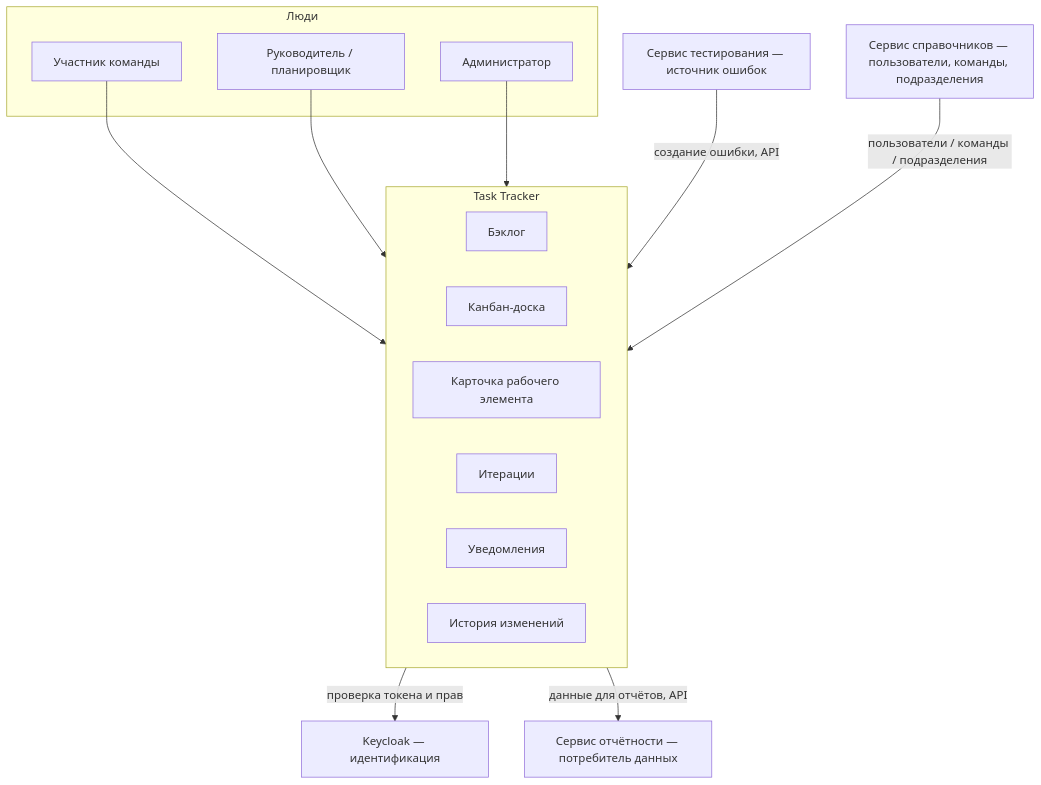
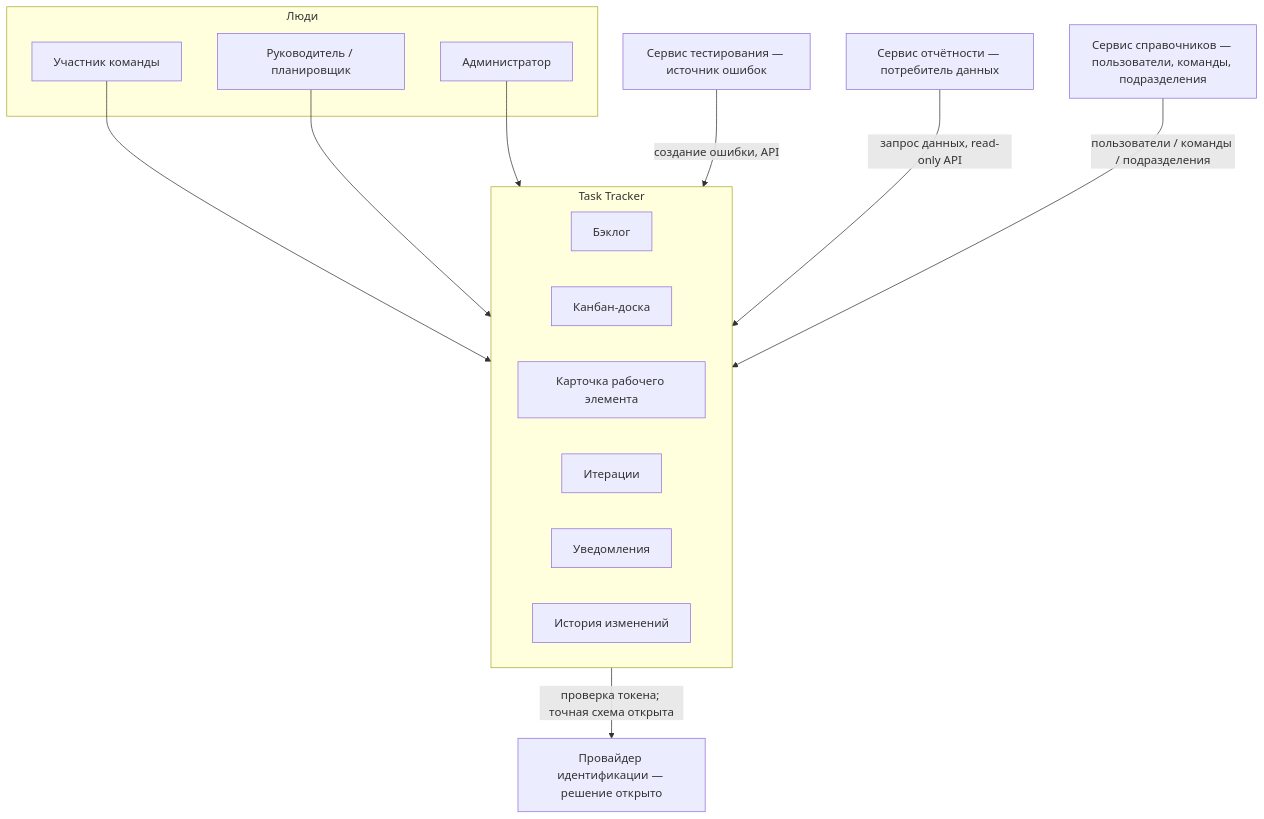
The diagram in task-tracker/docs/block-a-context-and-scope/020.system-context.md (MEPhI-C22-501/arch-info-system-monorepo), drawn with Mermaid before and after one commit. The commit also changed other lines of this file and 35 other files, not shown here.

````diff
--- a/task-tracker/docs/block-a-context-and-scope/020.system-context.md
+++ b/task-tracker/docs/block-a-context-and-scope/020.system-context.md
@@ -9,30 +9,30 @@
 ```mermaid
 flowchart TB
     subgraph Users["Люди"]
         Member["Участник команды"]
         Lead["Руководитель / планировщик"]
         Admin["Администратор"]
     end
 
     subgraph TT["Task Tracker"]
         Backlog["Бэклог"]
         Board["Канбан-доска"]
         Card["Карточка рабочего элемента"]
         Iterations["Итерации"]
         Notify["Уведомления"]
         Audit["История изменений"]
     end
 
-    KC["Keycloak — идентификация"]
+    IdP["Провайдер идентификации — решение открыто"]
     Tests["Сервис тестирования — источник ошибок"]
     Reports["Сервис отчётности — потребитель данных"]
     Refs["Сервис справочников — пользователи, команды, подразделения"]
 
     Member --> TT
     Lead --> TT
     Admin --> TT
-    TT -->|проверка токена и прав| KC
+    TT -->|проверка токена; точная схема открыта| IdP
     Tests -->|создание ошибки, API| TT
-    TT -->|данные для отчётов, API| Reports
+    Reports -->|запрос данных, read-only API| TT
     Refs -->|пользователи / команды / подразделения| TT
 ```
````
